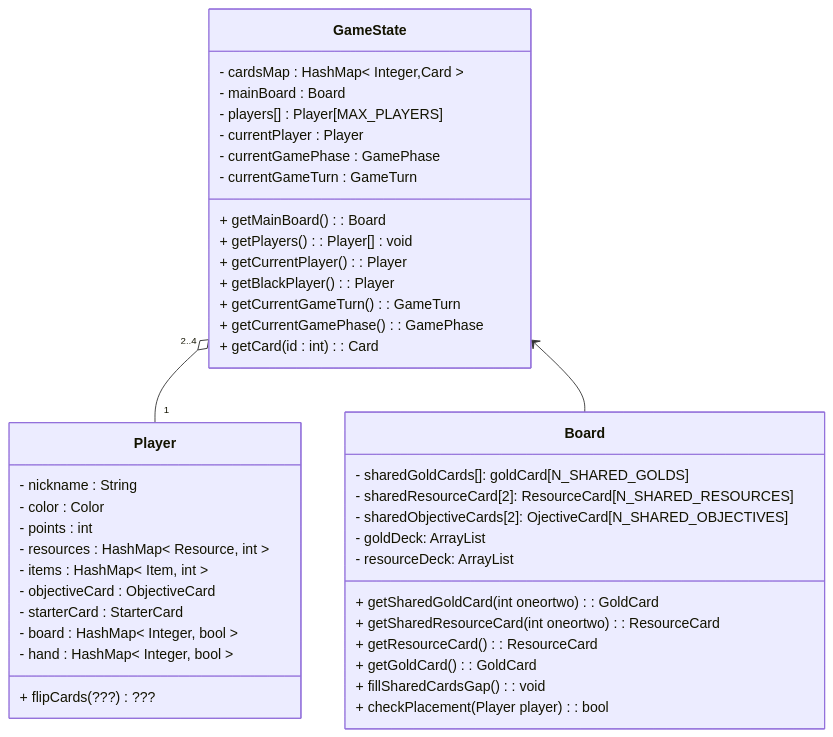
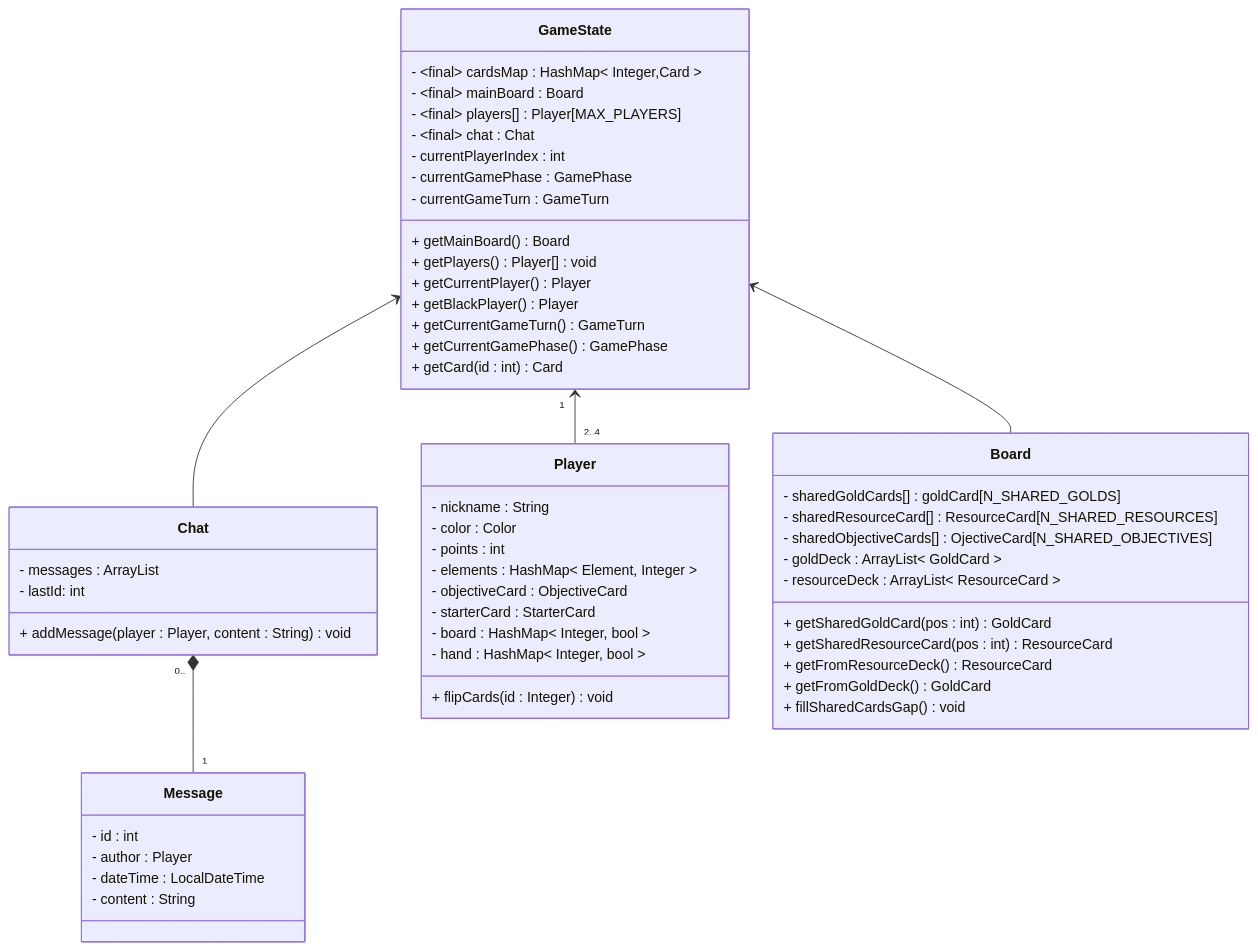
One commit to Pole11/ing-sw-2024-polelli-pozzi-quartieri-tessera changed the second of 5 diagrams in deliverables/uml.md. Above: the diagram before and after it, drawn with Mermaid. The commit also changed other lines of this file and 65 other files, not shown here.

Commit message:
refactor of challenge, card, exception, modified methods of board, added chat, message, elements enums in uml.md; completed uml.md for peer-review

````diff
--- a/deliverables/uml.md
+++ b/deliverables/uml.md
@@ -180,47 +203,63 @@
 ```mermaid
 classDiagram
   class GameState {
-    - cardsMap : HashMap< Integer,Card >
-    - mainBoard : Board
-    - players[] : Player[MAX_PLAYERS]
-    - currentPlayer : Player
+    - ~final~ cardsMap : HashMap< Integer,Card >
+    - ~final~ mainBoard : Board
+    - ~final~ players[] : Player[MAX_PLAYERS]
+    - ~final~ chat : Chat
+    - currentPlayerIndex : int 
     - currentGamePhase : GamePhase
     - currentGameTurn : GameTurn
-    + getMainBoard() : Board
-    + getPlayers() : Player[] : void
-    + getCurrentPlayer() : Player
-    + getBlackPlayer() : Player
-    + getCurrentGameTurn() : GameTurn
-    + getCurrentGamePhase() : GamePhase
-    + getCard(id : int) : Card
+    + getMainBoard() Board
+    + getPlayers() Player[] : void
+    + getCurrentPlayer() Player
+    + getBlackPlayer() Player
+    + getCurrentGameTurn() GameTurn
+    + getCurrentGamePhase() GamePhase
+    + getCard(id : int) Card
   }
+  
+  class Chat {
+      - messages : ArrayList<Message>
+      - lastId: int
+    + addMessage(player : Player, content : String) void
+  }
+
+  GameState <-- Chat
+
+  class Message {
+    - id : int
+    - author : Player
+    - dateTime : LocalDateTime
+    - content : String
+  }
+
+  Chat "0.." *-- "1" Message
 
   class Player {
     - nickname : String
     - color : Color
     - points : int
-    - resources : HashMap< Resource, int >
-    - items : HashMap< Item, int > 
+    - elements : HashMap< Element, Integer >
     - objectiveCard : ObjectiveCard
     - starterCard : StarterCard
     - board : HashMap< Integer, bool >
     - hand : HashMap< Integer, bool >
-    + flipCards(???) ???
+    + flipCards(id : Integer) void 
   }
-  GameState "2..4" o-- "1" Player
+   GameState "1" <-- "2..4" Player
 
   class Board {
-    - sharedGoldCards[]: goldCard[N_SHARED_GOLDS]
-    - sharedResourceCard[2]: ResourceCard[N_SHARED_RESOURCES]
-    - sharedObjectiveCards[2]: OjectiveCard[N_SHARED_OBJECTIVES]
-    - goldDeck: ArrayList<GoldCard>
-    - resourceDeck: ArrayList<ResourceCard>
-    + getSharedGoldCard(int oneortwo) : GoldCard
-    + getSharedResourceCard(int oneortwo) : ResourceCard
-    + getResourceCard() : ResourceCard
-    + getGoldCard() : GoldCard
-    + fillSharedCardsGap() : void
-    + checkPlacement(Player player) : bool
+    - sharedGoldCards[] : goldCard[N_SHARED_GOLDS]
+    - sharedResourceCard[] : ResourceCard[N_SHARED_RESOURCES]
+    - sharedObjectiveCards[] : OjectiveCard[N_SHARED_OBJECTIVES]
+    - goldDeck : ArrayList< GoldCard >
+    - resourceDeck : ArrayList< ResourceCard >
+    + getSharedGoldCard(pos : int) GoldCard
+    + getSharedResourceCard(pos : int) ResourceCard
+    + getFromResourceDeck() ResourceCard
+    + getFromGoldDeck() GoldCard
+    + fillSharedCardsGap() void
   }  
   GameState <-- Board
 ```
````
